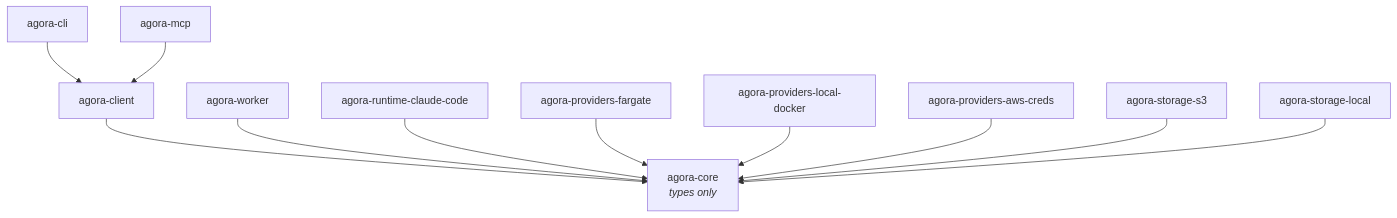
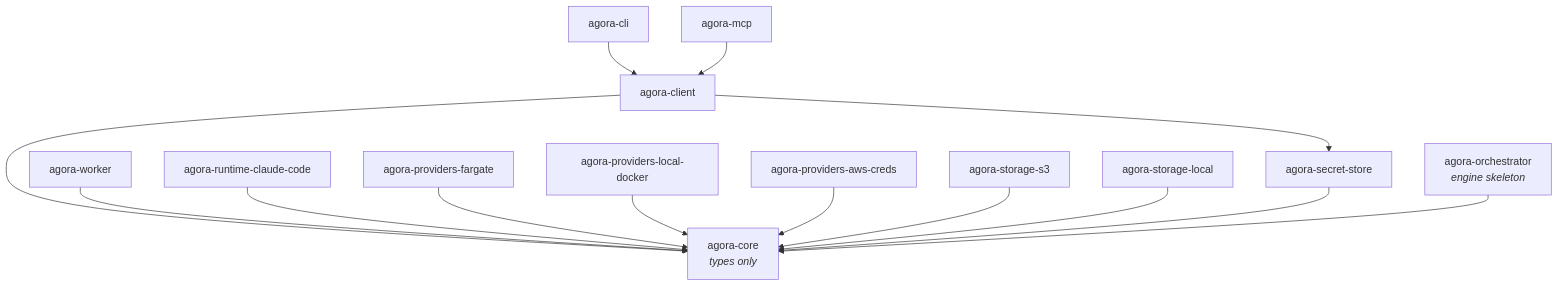
The diagram in README.md (QuarrySystems/agora), drawn with Mermaid before and after one commit. The commit also changed other lines of this file, not shown here.

First line of the commit message:
docs(readme): refresh package list + dependency graph (13 packages)

````diff
--- a/README.md
+++ b/README.md
@@ -111,25 +114,30 @@
 ```mermaid
 graph TD
   core[agora-core<br/><i>types only</i>]
   client[agora-client]
   cli[agora-cli]
   mcp[agora-mcp]
   worker[agora-worker]
   runtime[agora-runtime-claude-code]
   pfargate[agora-providers-fargate]
   plocal[agora-providers-local-docker]
   pawscreds[agora-providers-aws-creds]
   ss3[agora-storage-s3]
   slocal[agora-storage-local]
+  secretstore[agora-secret-store]
+  orch[agora-orchestrator<br/><i>engine skeleton</i>]
 
   client --> core
+  client --> secretstore
   cli --> client
   mcp --> client
   worker --> core
   runtime --> core
   pfargate --> core
   plocal --> core
   pawscreds --> core
   ss3 --> core
   slocal --> core
+  secretstore --> core
+  orch --> core
 ```
````
